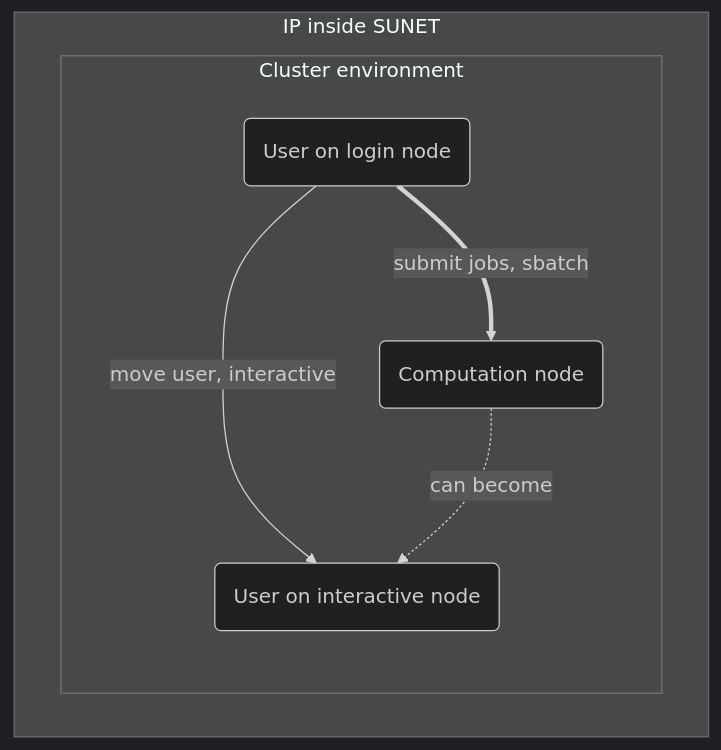
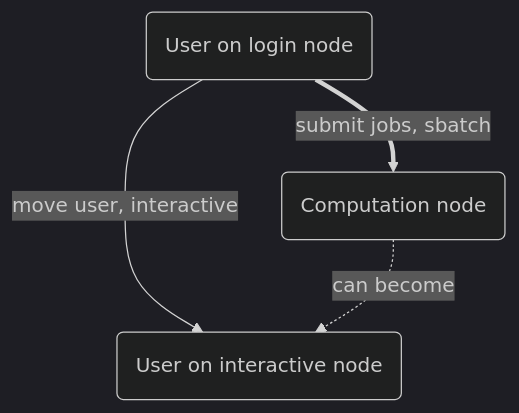
One commit to UPPMAX/UPPMAX-documentation changed the diagram in docs/cluster_guides/slurm.md. Above: the diagram before and after it, drawn with Mermaid (dark theme). The commit also changed other lines of this file, not shown here.

Commit message:
Remove details of figure

````diff
--- a/docs/cluster_guides/slurm.md
+++ b/docs/cluster_guides/slurm.md
@@ -47,14 +47,10 @@
 ```mermaid
 flowchart TD
-  subgraph sub_inside[IP inside SUNET]
-    subgraph sub_cluster_env[Cluster environment]
-      login_node(User on login node)
-      interactive_node(User on interactive node)
-      computation_node(Computation node):::calculation_node
-    end
-  end
+  login_node(User on login node)
+  interactive_node(User on interactive node)
+  computation_node(Computation node):::calculation_node
 
   login_node --> |move user, interactive|interactive_node
   login_node ==> |submit jobs, sbatch|computation_node
   computation_node -.-> |can become| interactive_node
 ```
````
